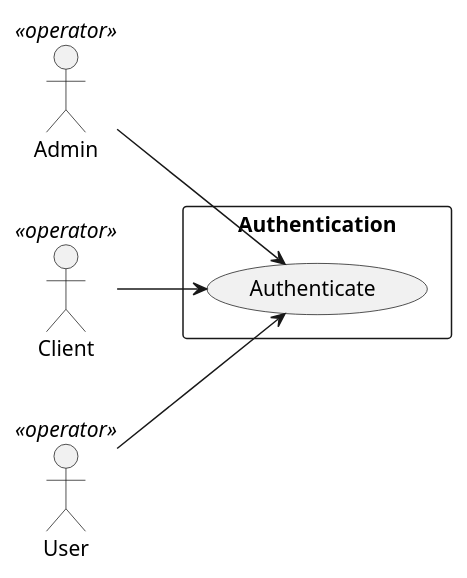
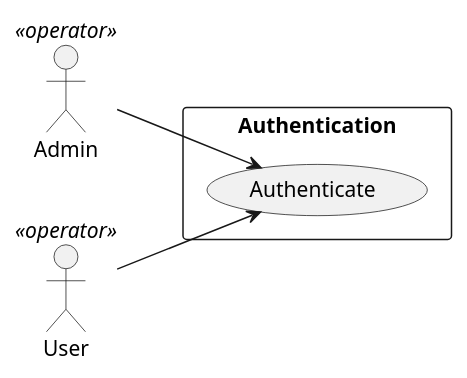
The diagram in diagrams/UseCases/UseCase_Authentication.puml (Xwyk/BileMo), drawn with PlantUML before and after one commit. The commit also changed 13 other files, not shown here.

```diff
--- a/diagrams/UseCases/UseCase_Authentication.puml
+++ b/diagrams/UseCases/UseCase_Authentication.puml
@@ -1,18 +1,16 @@
 @startuml
 
 left to right direction
 
 
 Admin    <<operator>> as admin
-Client    <<operator>> as client
 User    <<operator>> as user
 
 rectangle "Authentication" {
   (Authenticate) as auth
 }
 
 admin --> auth
-client --> auth
 user --> auth
 
 @enduml
```
